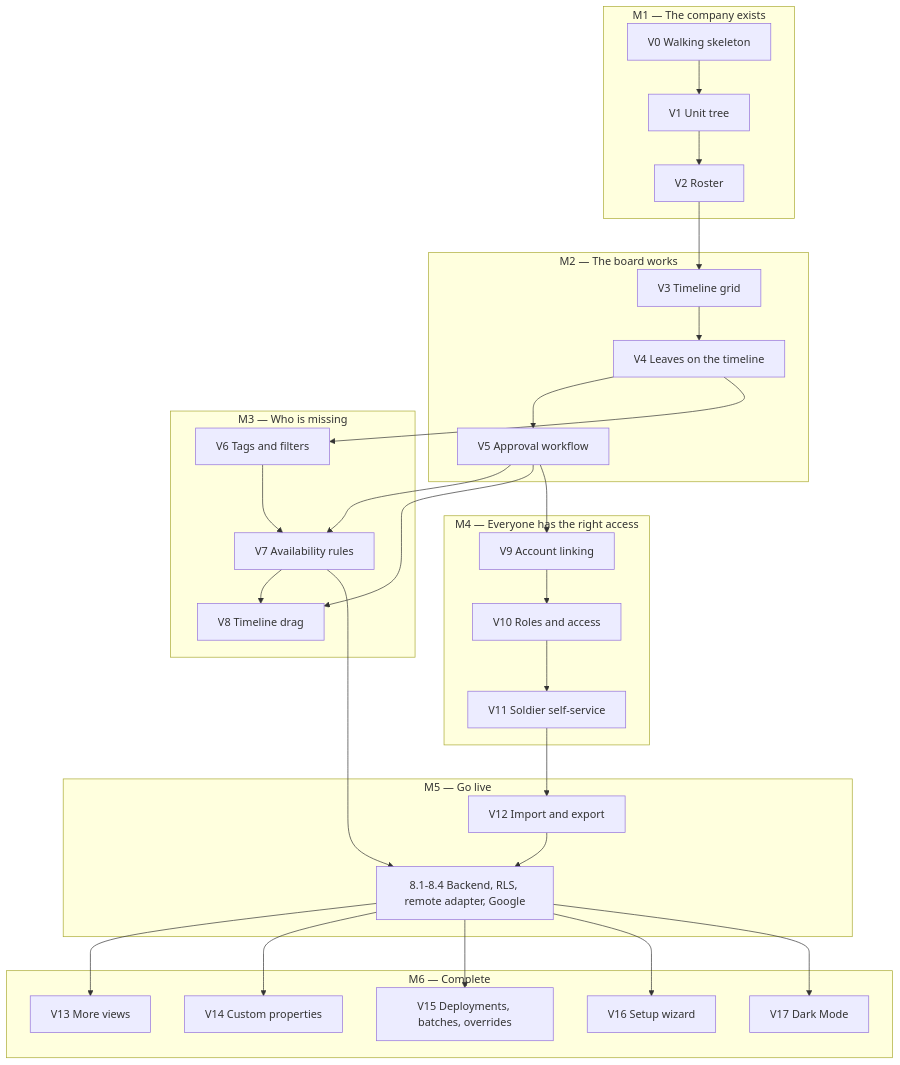
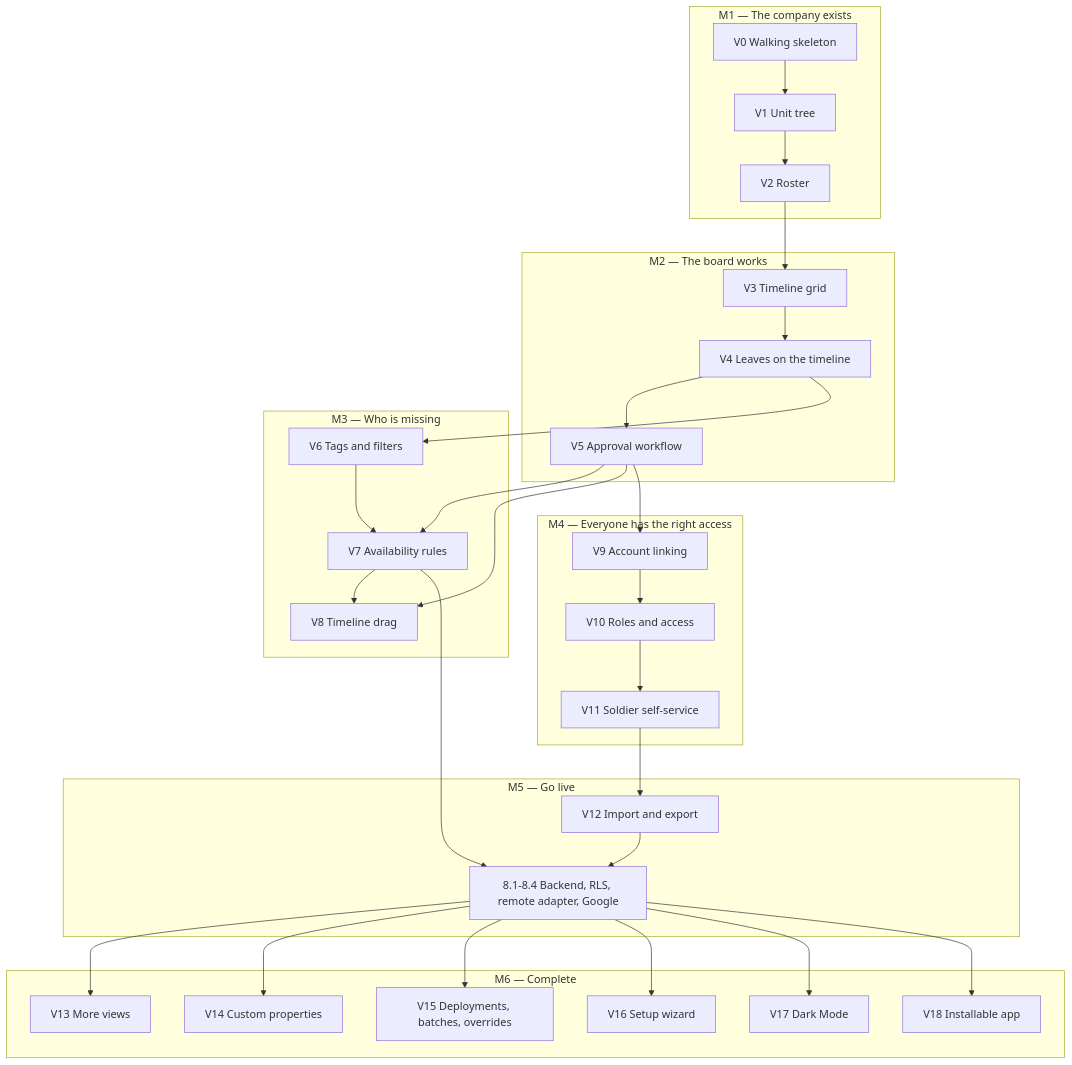
One commit to Yuvaldon/sagol changed the diagram in docs/FEATURE_MAP.md. Above: the diagram before and after it, drawn with Mermaid. The commit also changed other lines of this file and 5 other files, not shown here.

First line of the commit message:
docs: V18 done, the bison icon, the update flow, open items OI-116 to OI-118

````diff
--- a/docs/FEATURE_MAP.md
+++ b/docs/FEATURE_MAP.md
@@ -64,28 +64,29 @@
 ```mermaid
 graph TD
   subgraph M1["M1 — The company exists"]
     V0[V0 Walking skeleton] --> V1[V1 Unit tree] --> V2[V2 Roster]
   end
   subgraph M2["M2 — The board works"]
     V2 --> V3[V3 Timeline grid] --> V4[V4 Leaves on the timeline] --> V5[V5 Approval workflow]
   end
   subgraph M3["M3 — Who is missing"]
     V4 --> V6[V6 Tags and filters] --> V7[V7 Availability rules] --> V8[V8 Timeline drag]
     V5 --> V7
     V5 --> V8
   end
   subgraph M4["M4 — Everyone has the right access"]
     V5 --> V9[V9 Account linking] --> V10[V10 Roles and access] --> V11[V11 Soldier self-service]
   end
   subgraph M5["M5 — Go live"]
     V11 --> V12[V12 Import and export] --> P[8.1-8.4 Backend, RLS, remote adapter, Google]
     V7 --> P
   end
   subgraph M6["M6 — Complete"]
     P --> V13[V13 More views]
     P --> V14[V14 Custom properties]
     P --> V15[V15 Deployments, batches, overrides]
     P --> V16[V16 Setup wizard]
     P --> V17[V17 Dark Mode]
+    P --> V18[V18 Installable app]
   end
 ```
````
